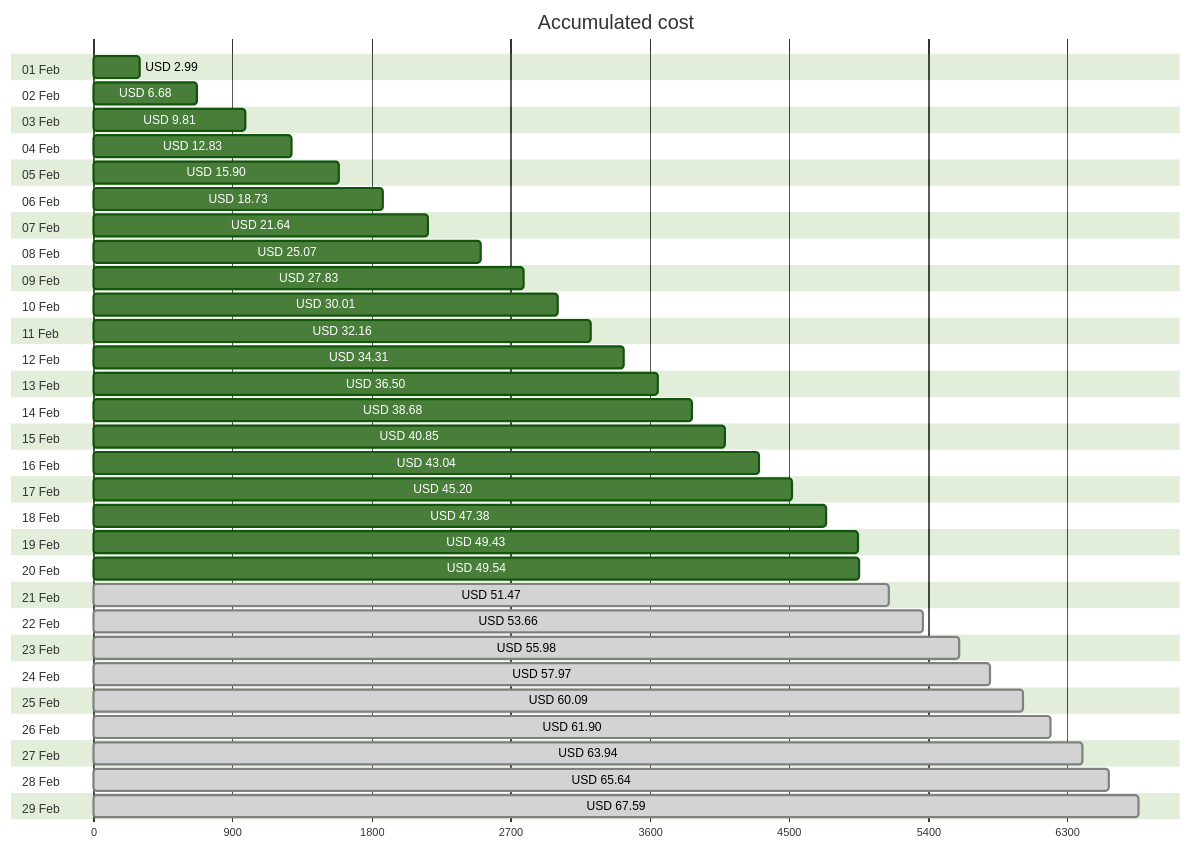
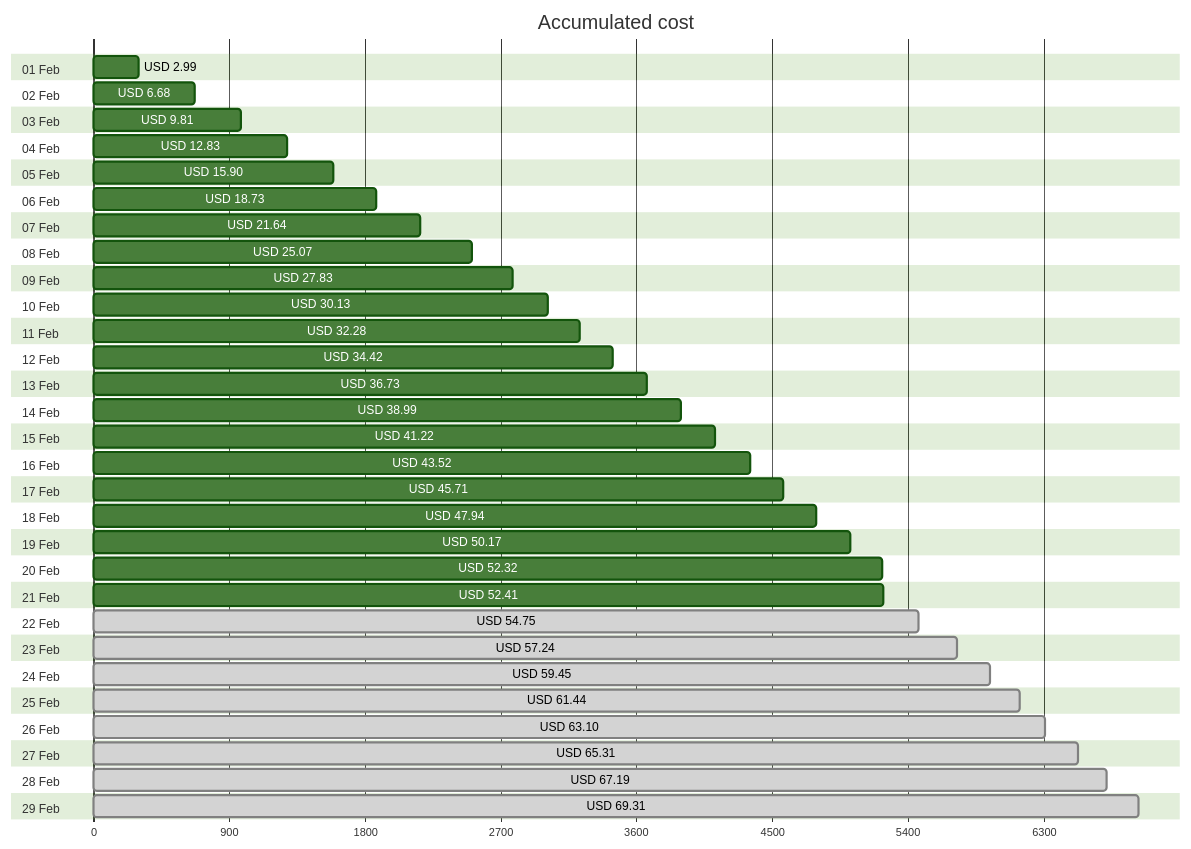
One commit to jpfulton/azure-personal-reports changed the first of 4 diagrams in cost-reports/accumulated-cost.md. Above: the diagram before and after it, drawn with Mermaid (forest theme). The commit also changed other lines of this file and 4 other files, not shown here.

````diff
--- a/cost-reports/accumulated-cost.md
+++ b/cost-reports/accumulated-cost.md
@@ -20,64 +20,64 @@
 ```mermaid
 gantt
    title Accumulated cost
    dateFormat  X
    axisFormat %s
    section 01 Feb
    USD 2.99 :0, 299
    section 02 Feb
    USD 6.68 :0, 668
    section 03 Feb
    USD 9.81 :0, 981
    section 04 Feb
    USD 12.83 :0, 1283
    section 05 Feb
    USD 15.90 :0, 1590
    section 06 Feb
    USD 18.73 :0, 1873
    section 07 Feb
    USD 21.64 :0, 2164
    section 08 Feb
    USD 25.07 :0, 2507
    section 09 Feb
    USD 27.83 :0, 2783
    section 10 Feb
-   USD 30.01 :0, 3001
+   USD 30.13 :0, 3013
    section 11 Feb
-   USD 32.16 :0, 3216
+   USD 32.28 :0, 3228
    section 12 Feb
-   USD 34.31 :0, 3431
+   USD 34.42 :0, 3442
    section 13 Feb
-   USD 36.50 :0, 3650
+   USD 36.73 :0, 3673
    section 14 Feb
-   USD 38.68 :0, 3868
+   USD 38.99 :0, 3899
    section 15 Feb
-   USD 40.85 :0, 4085
+   USD 41.22 :0, 4122
    section 16 Feb
-   USD 43.04 :0, 4304
+   USD 43.52 :0, 4352
    section 17 Feb
-   USD 45.20 :0, 4520
+   USD 45.71 :0, 4571
    section 18 Feb
-   USD 47.38 :0, 4738
+   USD 47.94 :0, 4794
    section 19 Feb
-   USD 49.43 :0, 4943
+   USD 50.17 :0, 5017
    section 20 Feb
-   USD 49.54 :0, 4954
+   USD 52.32 :0, 5232
    section 21 Feb
-   USD 51.47 : done, 0, 5147
+   USD 52.41 :0, 5241
    section 22 Feb
-   USD 53.66 : done, 0, 5366
+   USD 54.75 : done, 0, 5475
    section 23 Feb
-   USD 55.98 : done, 0, 5598
+   USD 57.24 : done, 0, 5724
    section 24 Feb
-   USD 57.97 : done, 0, 5797
+   USD 59.45 : done, 0, 5945
    section 25 Feb
-   USD 60.09 : done, 0, 6009
+   USD 61.44 : done, 0, 6144
    section 26 Feb
-   USD 61.90 : done, 0, 6190
+   USD 63.10 : done, 0, 6310
    section 27 Feb
-   USD 63.94 : done, 0, 6394
+   USD 65.31 : done, 0, 6531
    section 28 Feb
-   USD 65.64 : done, 0, 6564
+   USD 67.19 : done, 0, 6719
    section 29 Feb
-   USD 67.59 : done, 0, 6759
+   USD 69.31 : done, 0, 6931
 ```
````
